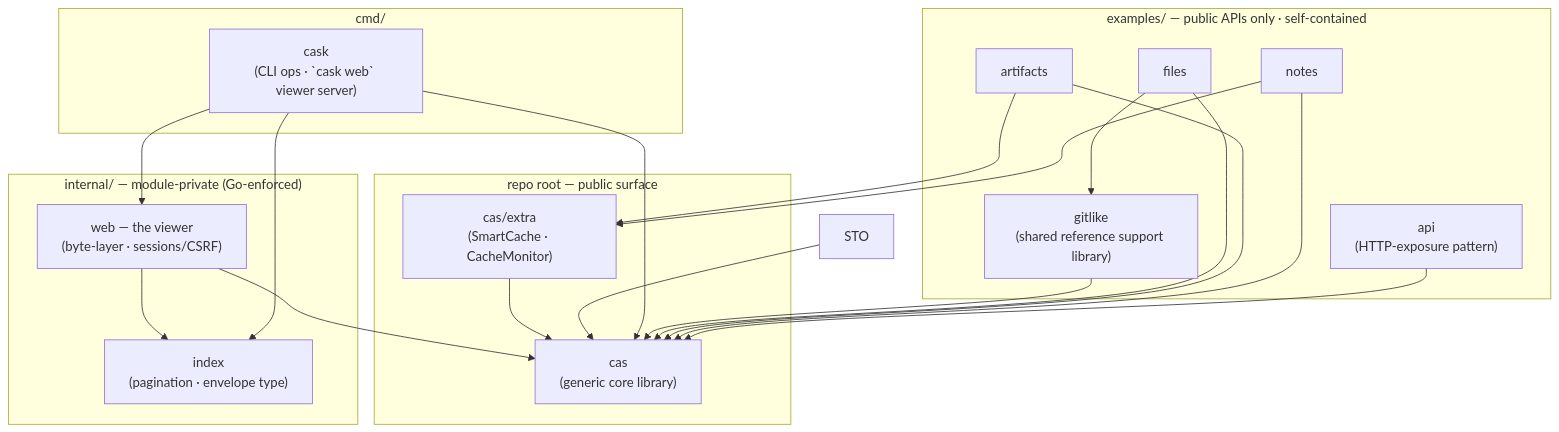
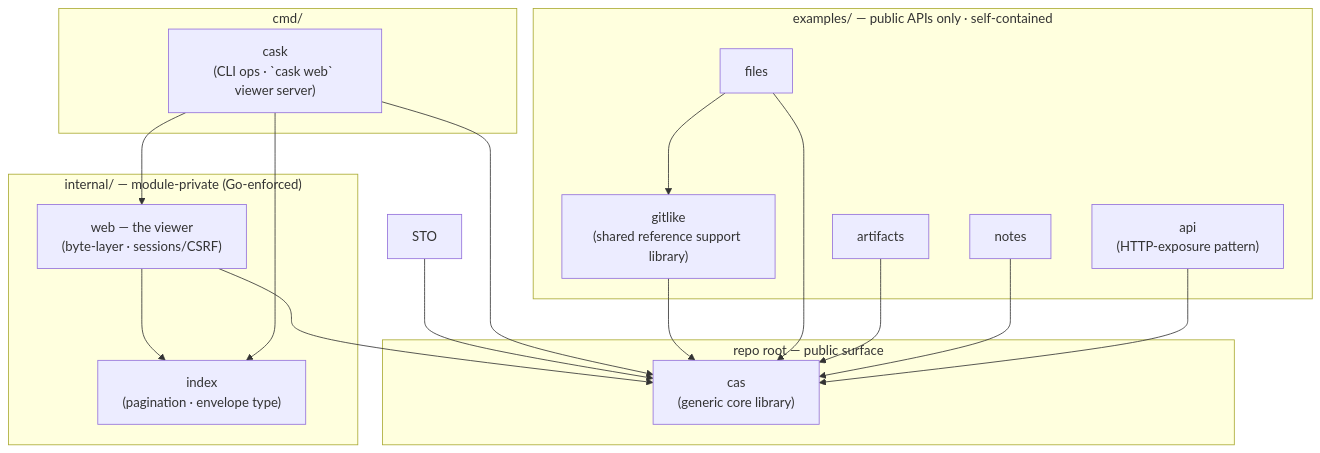
Before and after one commit to dmundt/go-cask: the first of 2 diagrams in .github/instructions/backend-architecture.instructions.md, drawn with Mermaid. The commit also changed other lines of this file and 17 other files, not shown here.

Commit message:
refactor: remove cas/extra; inline recipes into examples

````diff
--- a/.github/instructions/backend-architecture.instructions.md
+++ b/.github/instructions/backend-architecture.instructions.md
@@ -74,37 +74,33 @@
 ```mermaid
 flowchart TB
     subgraph PUBLIC["repo root — public surface"]
         CAS["cas<br/>(generic core library)"]
-        EXTRA["cas/extra<br/>(SmartCache · CacheMonitor)"]
     end
     subgraph MODPRIV["internal/ — module-private (Go-enforced)"]
         IDX["index<br/>(pagination · envelope type)"]
         WEB["web — the viewer<br/>(byte-layer · sessions/CSRF)"]
     end
     subgraph CMDDIR["cmd/"]
         CASK["cask<br/>(CLI ops · `cask web` viewer server)"]
     end
     subgraph EX["examples/ — public APIs only · self-contained"]
         GL["gitlike<br/>(shared reference support library)"]
         F["files"]
         ART["artifacts"]
         NT["notes"]
         API["api<br/>(HTTP-exposure pattern)"]
     end
 
-    EXTRA --> CAS
     STO --> CAS
     WEB --> CAS
     WEB --> IDX
     CASK --> CAS
     CASK --> IDX
     CASK --> WEB
     GL --> CAS
     F --> CAS
     F --> GL
     ART --> CAS
-    ART --> EXTRA
     NT --> CAS
-    NT --> EXTRA
     API --> CAS
 ```
````
